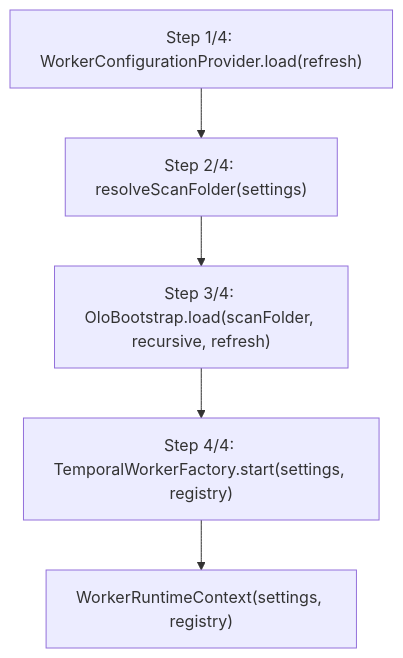
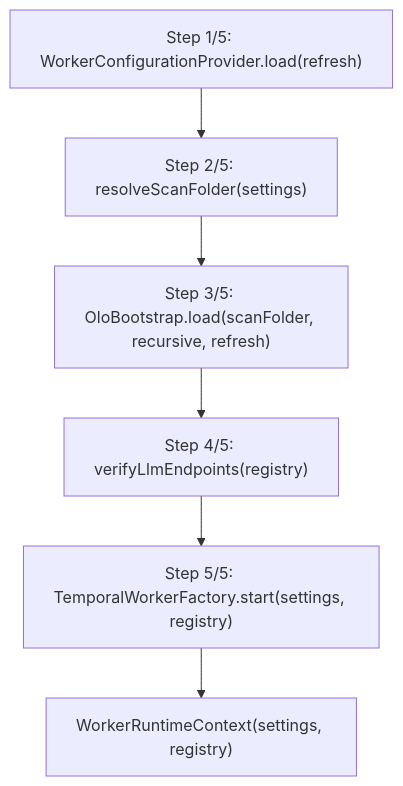
The third of 4 diagrams in olo-worker/docs/ARCHITECTURE.md (olo-labs/olo-mono), drawn with Mermaid before and after one commit. The commit also changed other lines of this file and 74 other files, not shown here.

````diff
--- a/olo-worker/docs/ARCHITECTURE.md
+++ b/olo-worker/docs/ARCHITECTURE.md
@@ -170,13 +170,15 @@
 ```mermaid
 flowchart TD
-    A["Step 1/4: WorkerConfigurationProvider.load(refresh)"]
-    B["Step 2/4: resolveScanFolder(settings)"]
-    C["Step 3/4: OloBootstrap.load(scanFolder, recursive, refresh)"]
-    D["Step 4/4: TemporalWorkerFactory.start(settings, registry)"]
-    E["WorkerRuntimeContext(settings, registry)"]
+    A["Step 1/5: WorkerConfigurationProvider.load(refresh)"]
+    B["Step 2/5: resolveScanFolder(settings)"]
+    C["Step 3/5: OloBootstrap.load(scanFolder, recursive, refresh)"]
+    D["Step 4/5: verifyLlmEndpoints(registry)"]
+    E["Step 5/5: TemporalWorkerFactory.start(settings, registry)"]
+    F["WorkerRuntimeContext(settings, registry)"]
 
     A --> B
     B --> C
     C --> D
     D --> E
+    E --> F
 ```
````
